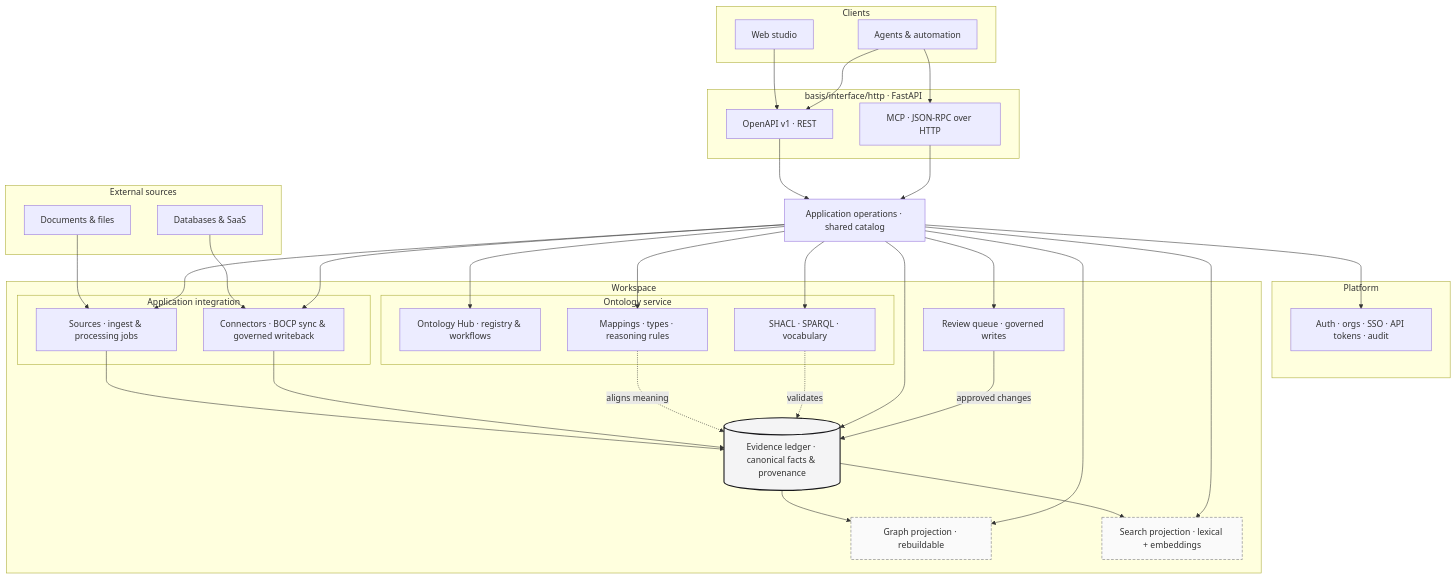
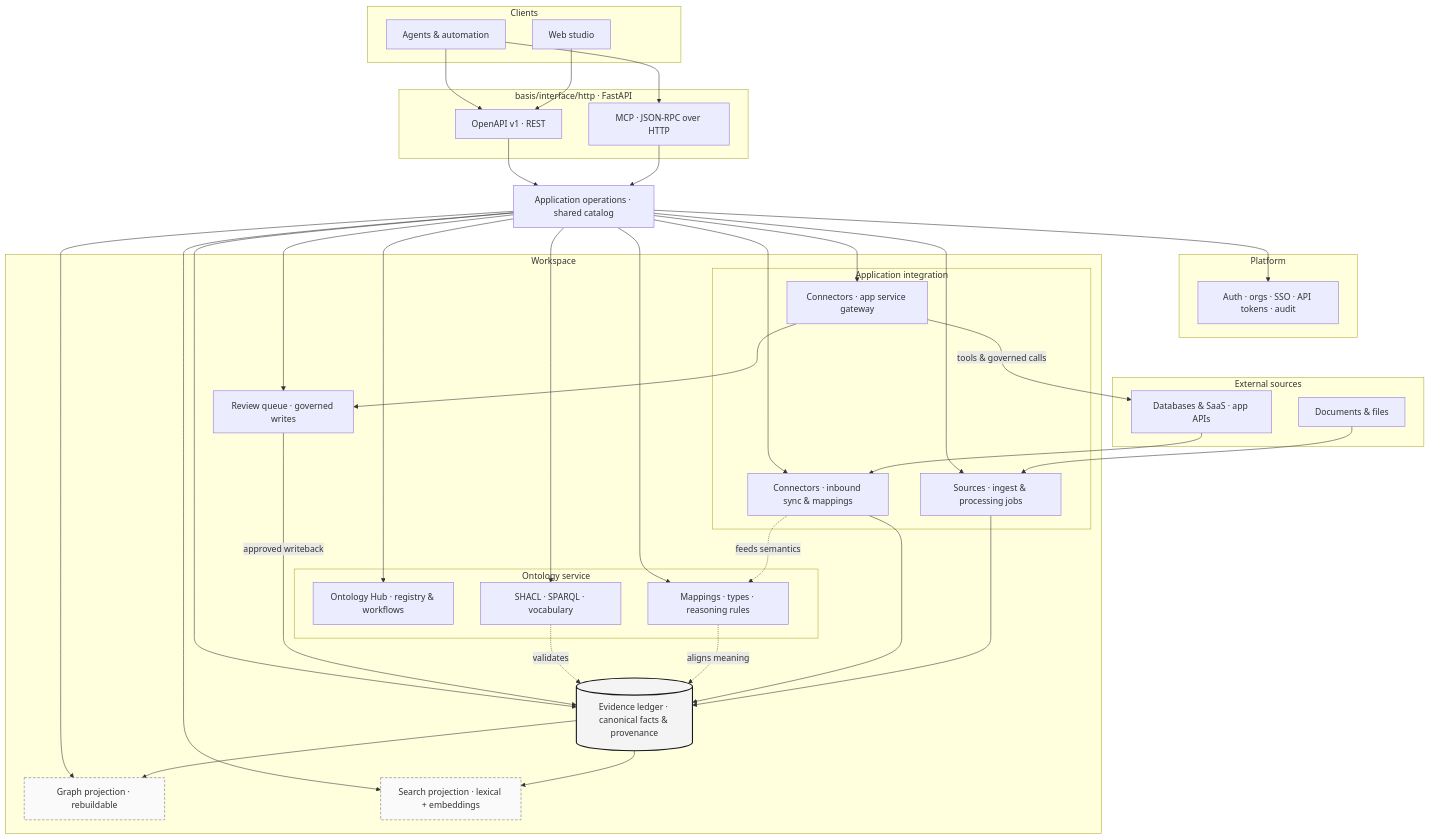
One commit to FellowOS/basis changed the diagram in assets/architecture.mmd. Above: the diagram before and after it, drawn with Mermaid. The commit also changed 2 other files, not shown here.

Commit message:
docs: show connectors as sync path and agent app-service gateway
Split connector roles in the architecture diagram: inbound sync into ledger/semantics versus MCP-governed tool access to external systems.

```diff
--- a/assets/architecture.mmd
+++ b/assets/architecture.mmd
@@ -1,72 +1,78 @@
 %% Canonical diagram — keep in sync with README Features / 能力概览 mermaid blocks.
 
 flowchart TB
   subgraph external["External sources"]
     docs["Documents & files"]
-    systems["Databases & SaaS"]
+    systems["Databases & SaaS · app APIs"]
   end
 
   subgraph clients["Clients"]
     studio["Web studio"]
     agents["Agents & automation"]
   end
 
   subgraph apiLayer["basis/interface/http · FastAPI"]
     rest["OpenAPI v1 · REST"]
     mcp["MCP · JSON-RPC over HTTP"]
   end
 
   ops["Application operations · shared catalog"]
 
   subgraph platform["Platform"]
     plat["Auth · orgs · SSO · API tokens · audit"]
   end
 
   subgraph workspace["Workspace"]
     subgraph integration["Application integration"]
       sources["Sources · ingest & processing jobs"]
-      conn["Connectors · BOCP sync & governed writeback"]
+      connSync["Connectors · inbound sync & mappings"]
+      connGw["Connectors · app service gateway"]
     end
 
     subgraph ontologySvc["Ontology service"]
       hub["Ontology Hub · registry & workflows"]
       govern["SHACL · SPARQL · vocabulary"]
       maps["Mappings · types · reasoning rules"]
     end
 
     ledger[("Evidence ledger · canonical facts & provenance")]
     review["Review queue · governed writes"]
     graphProj["Graph projection · rebuildable"]
     searchProj["Search projection · lexical + embeddings"]
   end
 
   docs --> sources
-  systems --> conn
+  systems --> connSync
   sources --> ledger
-  conn --> ledger
+  connSync --> ledger
+  connSync -.->|"feeds semantics"| maps
   maps -.->|"aligns meaning"| ledger
   govern -.->|"validates"| ledger
   ledger --> graphProj
   ledger --> searchProj
 
+  agents --> mcp
+  mcp --> ops
+  ops --> connGw
+  connGw -->|"tools & governed calls"| systems
+  connGw --> review
+  review -->|"approved writeback"| ledger
+
   studio --> rest
   agents --> rest
-  agents --> mcp
   rest --> ops
-  mcp --> ops
   ops --> plat
   ops --> sources
-  ops --> conn
+  ops --> connSync
   ops --> hub
   ops --> govern
   ops --> maps
   ops --> ledger
   ops --> graphProj
   ops --> searchProj
   ops --> review
-  review -->|"approved changes"| ledger
 
   classDef canonical fill:#f4f4f5,stroke:#18181b,stroke-width:2px
   classDef projection fill:#fafafa,stroke:#71717a,stroke-dasharray: 5 3
   class ledger canonical
   class graphProj,searchProj projection
```
